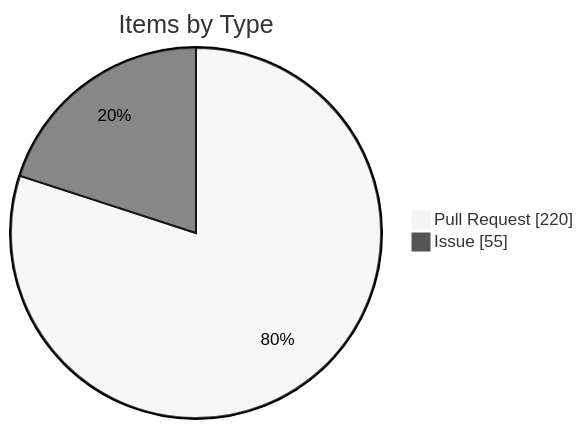
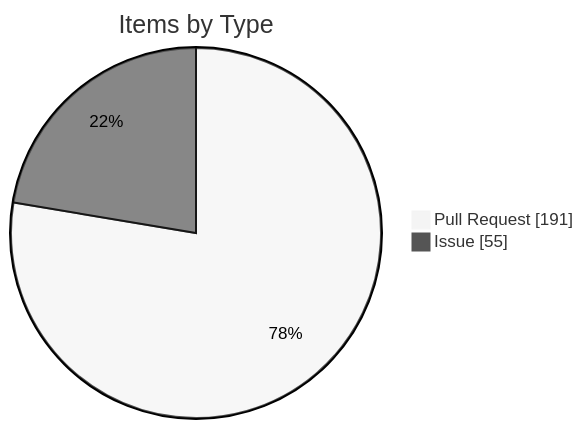
Before and after one commit to KBVE/kbve: the fourth of 4 diagrams in apps/kbve/astro-kbve/src/content/docs/dashboard/kanban-data.mdx, drawn with Mermaid (neutral theme). The commit also changed other lines of this file and 7 other files, not shown here.

````diff
--- a/apps/kbve/astro-kbve/src/content/docs/dashboard/kanban-data.mdx
+++ b/apps/kbve/astro-kbve/src/content/docs/dashboard/kanban-data.mdx
@@ -116,6 +116,6 @@
 ```mermaid
 pie showData
     title Items by Type
-    "Pull Request" : 220
+    "Pull Request" : 191
     "Issue" : 55
 ```
````
